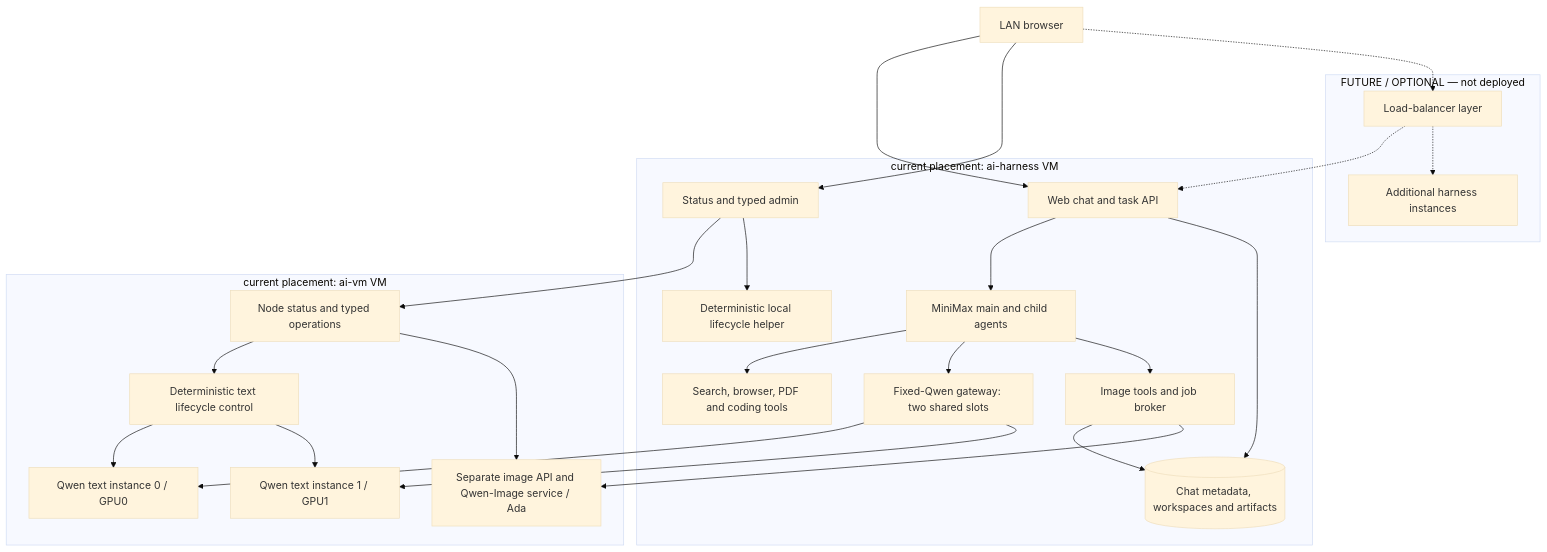
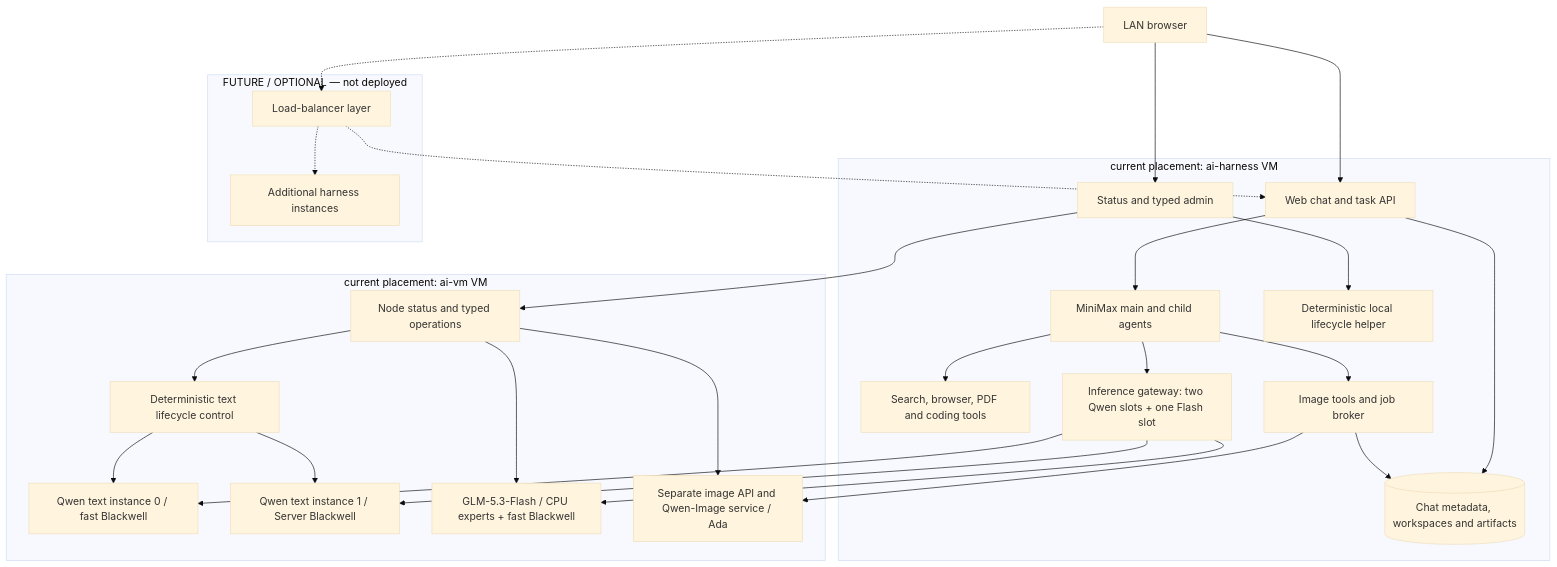
The diagram in README.md (djeZo888/mixed-memory-llm-api-server), drawn with Mermaid (base theme) before and after one commit. The commit also changed other lines of this file and 4 other files, not shown here.

````diff
--- a/README.md
+++ b/README.md
@@ -25,45 +26,48 @@
 ```mermaid
 flowchart TB
     User["LAN browser"]
     subgraph H["current placement: ai-harness VM"]
         Web["Web chat and task API"]
         Agent["MiniMax main and child agents"]
         Tools["Search, browser, PDF and coding tools"]
-        Gateway["Fixed-Qwen gateway: two shared slots"]
+        Gateway["Inference gateway: two Qwen slots + one Flash slot"]
         ImageJobs["Image tools and job broker"]
         Data[("Chat metadata, workspaces and artifacts")]
         Status["Status and typed admin"]
         Helper["Deterministic local lifecycle helper"]
     end
     subgraph M["current placement: ai-vm VM"]
         Node["Node status and typed operations"]
         Control["Deterministic text lifecycle control"]
-        Q0["Qwen text instance 0 / GPU0"]
-        Q1["Qwen text instance 1 / GPU1"]
+        Q0["Qwen text instance 0 / fast Blackwell"]
+        Q1["Qwen text instance 1 / Server Blackwell"]
+        Flash["GLM-5.3-Flash / CPU experts + fast Blackwell"]
         Image["Separate image API and Qwen-Image service / Ada"]
     end
     subgraph Future["FUTURE / OPTIONAL — not deployed"]
         LB["Load-balancer layer"]
         Replicas["Additional harness instances"]
     end
     User --> Web
     User --> Status
     Web --> Agent
     Web --> Data
     Agent --> Tools
     Agent --> Gateway
     Agent --> ImageJobs
     ImageJobs --> Data
     Gateway --> Q0
     Gateway --> Q1
+    Gateway --> Flash
     ImageJobs --> Image
     Status --> Node
     Status --> Helper
     Node --> Control
     Node --> Image
+    Node --> Flash
     Control --> Q0
     Control --> Q1
     User -.-> LB
     LB -.-> Web
     LB -.-> Replicas
 ```
````
